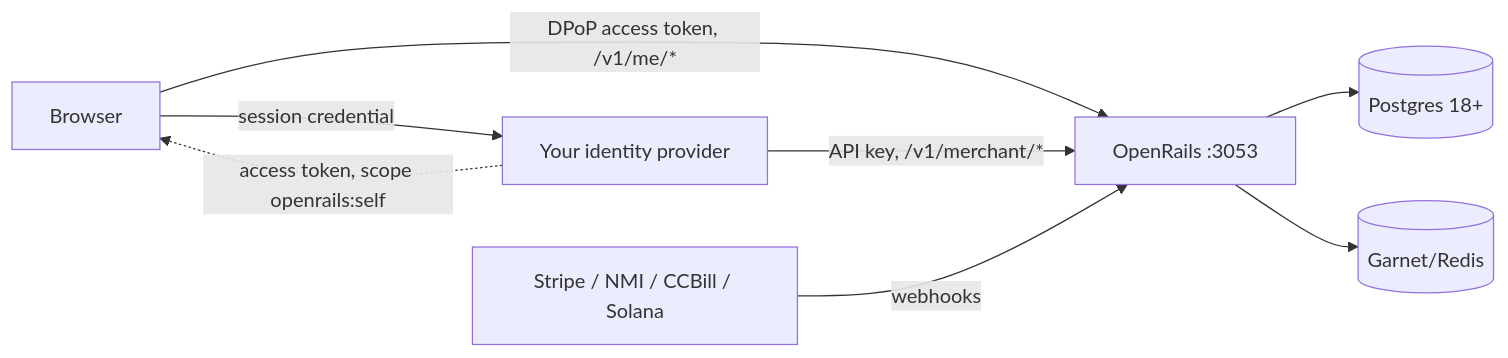
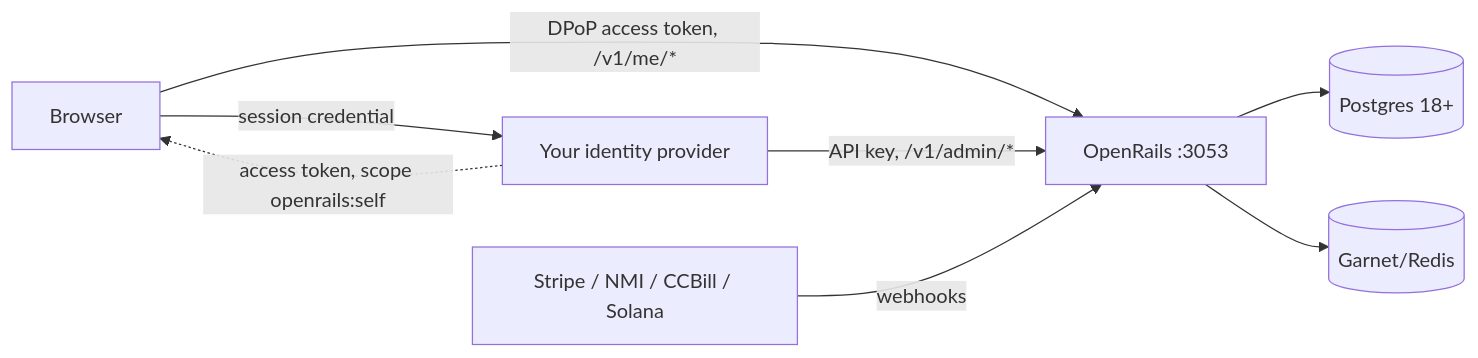
The diagram in docs/standalone-integration.md (open-rails/openrails), drawn with Mermaid before and after one commit. The commit also changed other lines of this file and 280 other files, not shown here.

First line of the commit message:
Admin API: route bundles behind four host permissions, /v1/merchant becomes /v1/admin

````diff
--- a/docs/standalone-integration.md
+++ b/docs/standalone-integration.md
@@ -11,10 +11,10 @@
 ```mermaid
 flowchart LR
     B[Browser] -- session credential --> H[Your identity provider]
     H -. access token, scope openrails:self .-> B
     B -- DPoP access token, /v1/me/* --> OR[OpenRails :3053]
-    H -- API key, /v1/merchant/* --> OR
+    H -- API key, /v1/admin/* --> OR
     OR --> PG[(Postgres 18+)]
     OR --> RD[(Garnet/Redis)]
     R[Stripe / NMI / CCBill / Solana] -- webhooks --> OR
 ```
````
